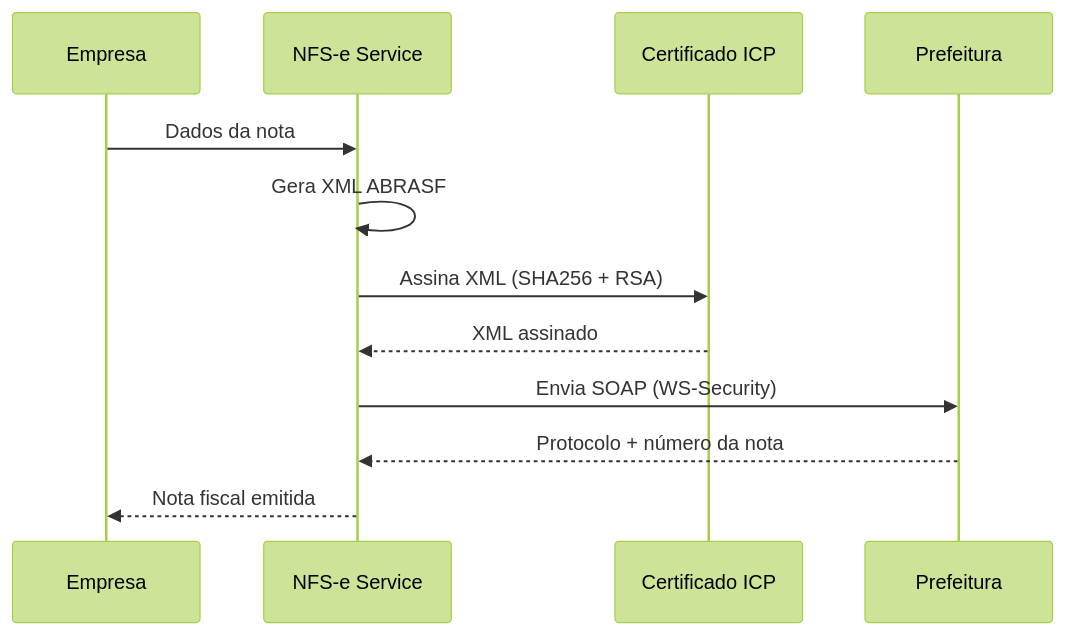
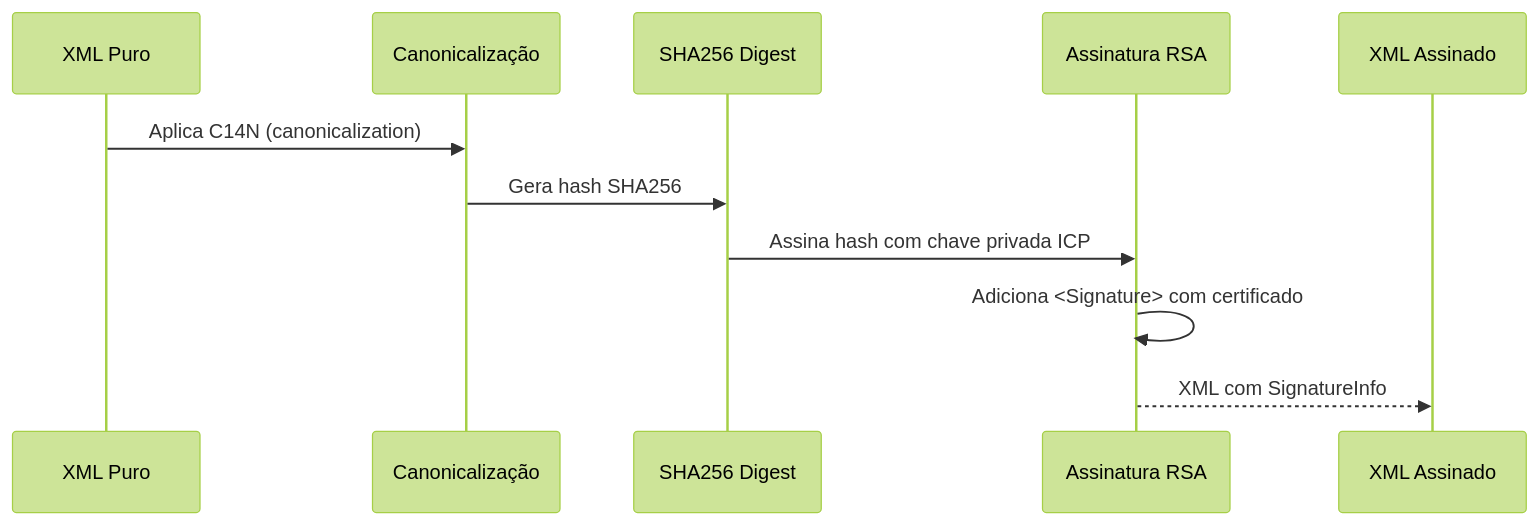
Before and after one commit to mateussiqueira/banking-stack: the third of 4 diagrams in packages/docs/challenges/07-nfse.md, drawn with Mermaid (forest theme). The commit also changed other lines of this file and 80 other files, not shown here.

First line of the commit message:
roadmap fases 1-4: interatividade, quizzes, gamificacao, flashcards

````diff
--- a/packages/docs/challenges/07-nfse.md
+++ b/packages/docs/challenges/07-nfse.md
@@ -28,15 +367,14 @@
 ```mermaid
 sequenceDiagram
-    participant E as Empresa
-    participant NFS as NFS-e Service
-    participant CERT as Certificado ICP
-    participant PREF as Prefeitura
+    participant XML as XML Puro
+    participant CAN as Canonicalização
+    participant DIG as SHA256 Digest
+    participant SIGN as Assinatura RSA
+    participant FINAL as XML Assinado
 
-    E->>NFS: Dados da nota
-    NFS->>NFS: Gera XML ABRASF
-    NFS->>CERT: Assina XML (SHA256 + RSA)
-    CERT-->>NFS: XML assinado
-    NFS->>PREF: Envia SOAP (WS-Security)
-    PREF-->>NFS: Protocolo + número da nota
-    NFS-->>E: Nota fiscal emitida
+    XML->>CAN: Aplica C14N (canonicalization)
+    CAN->>DIG: Gera hash SHA256
+    DIG->>SIGN: Assina hash com chave privada ICP
+    SIGN->>SIGN: Adiciona <Signature> com certificado
+    SIGN-->>FINAL: XML com SignatureInfo
 ```
````
